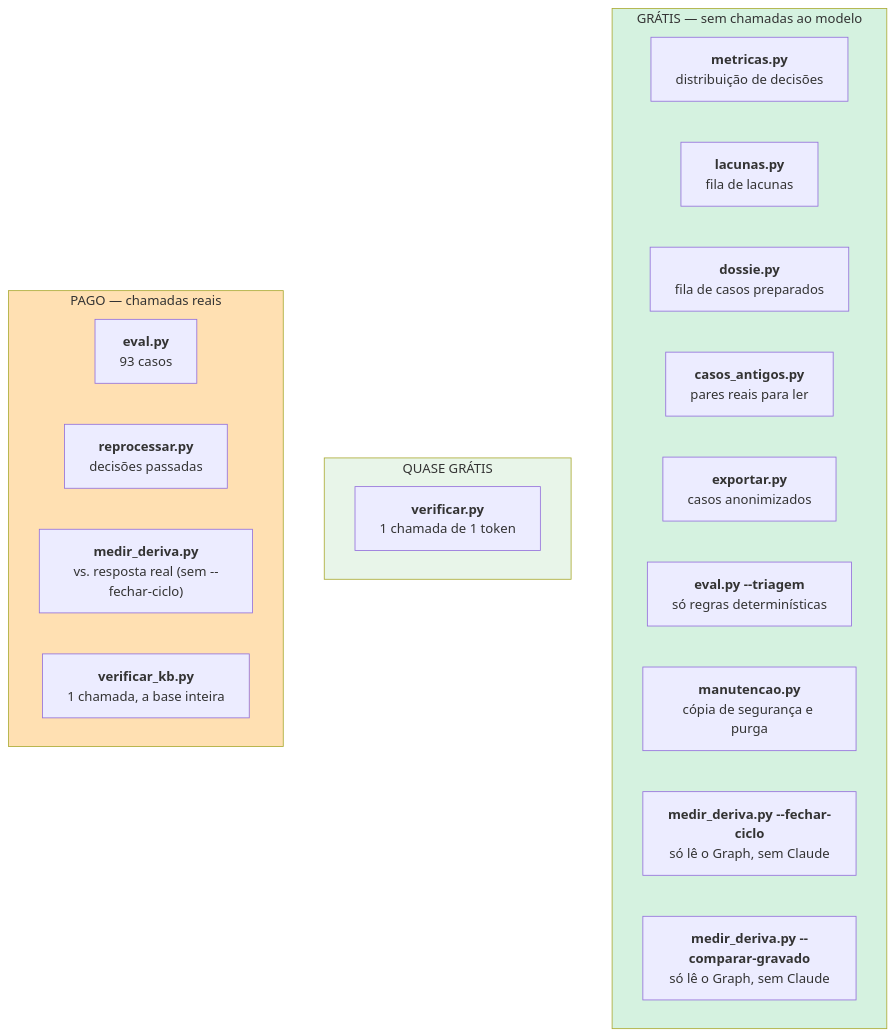
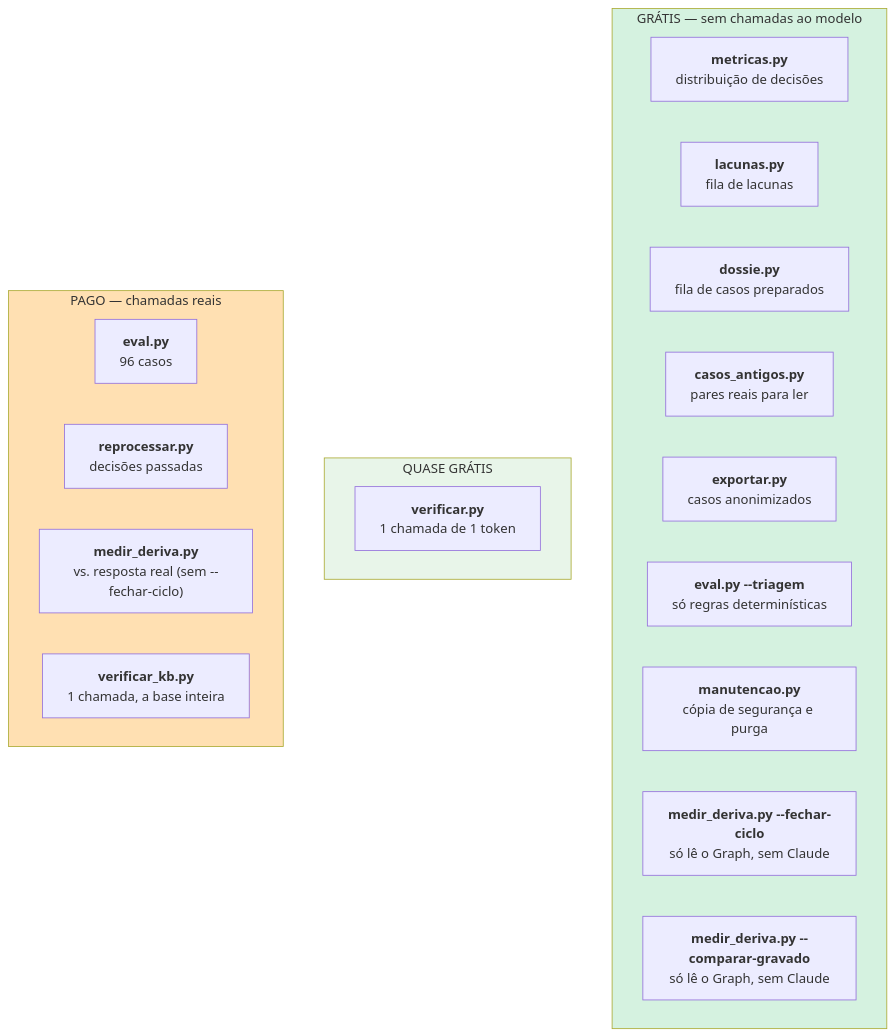
Before and after one commit to joaocarvalhini/Outlook-Reply-Assistant: the diagram in docs/06-engineering/operations.md, drawn with Mermaid. The commit also changed 10 other files, not shown here.

````diff
--- a/docs/06-engineering/operations.md
+++ b/docs/06-engineering/operations.md
@@ -23,26 +23,26 @@
 ```mermaid
 flowchart TB
     subgraph G["GRÁTIS — sem chamadas ao modelo"]
         G1["<b>metricas.py</b><br/>distribuição de decisões"]
         G2["<b>lacunas.py</b><br/>fila de lacunas"]
         G3["<b>dossie.py</b><br/>fila de casos preparados"]
         G4["<b>casos_antigos.py</b><br/>pares reais para ler"]
         G5["<b>exportar.py</b><br/>casos anonimizados"]
         G6["<b>eval.py --triagem</b><br/>só regras determinísticas"]
         G7["<b>manutencao.py</b><br/>cópia de segurança e purga"]
         G8["<b>medir_deriva.py --fechar-ciclo</b><br/>só lê o Graph, sem Claude"]
         G9["<b>medir_deriva.py --comparar-gravado</b><br/>só lê o Graph, sem Claude"]
     end
     subgraph Q["QUASE GRÁTIS"]
         Q1["<b>verificar.py</b><br/>1 chamada de 1 token"]
     end
     subgraph P["PAGO — chamadas reais"]
-        P1["<b>eval.py</b><br/>93 casos"]
+        P1["<b>eval.py</b><br/>96 casos"]
         P2["<b>reprocessar.py</b><br/>decisões passadas"]
         P3["<b>medir_deriva.py</b><br/>vs. resposta real (sem --fechar-ciclo)"]
         P4["<b>verificar_kb.py</b><br/>1 chamada, a base inteira"]
     end
     style G fill:#d5f2e0
     style Q fill:#e8f5e9
     style P fill:#ffe0b2
 ```
````
